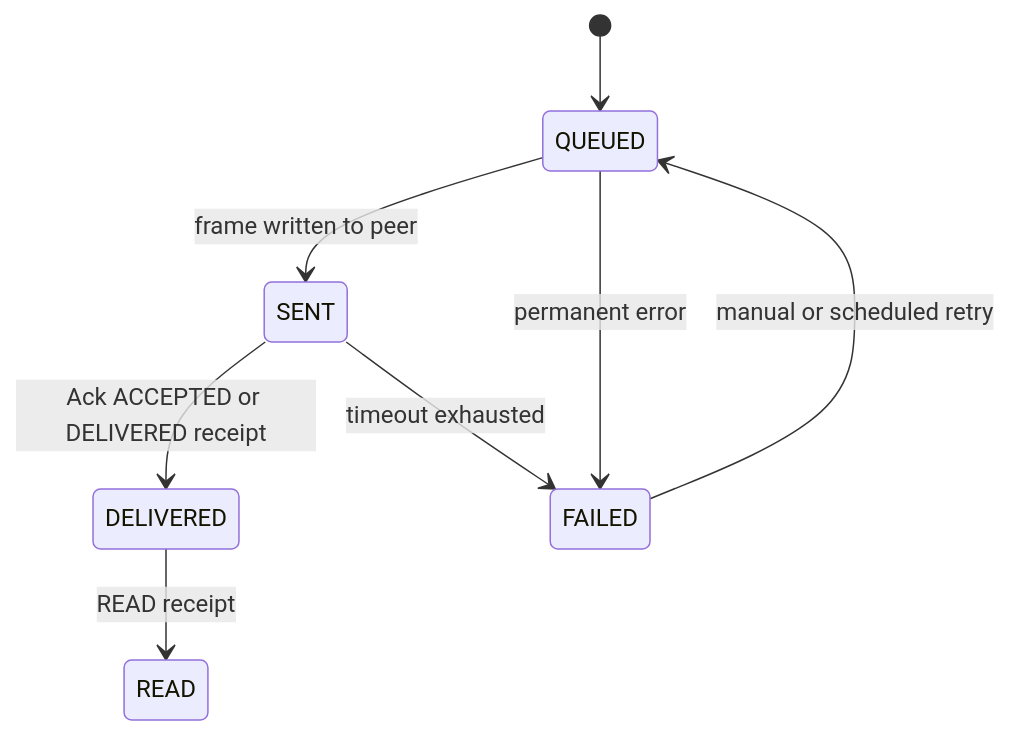
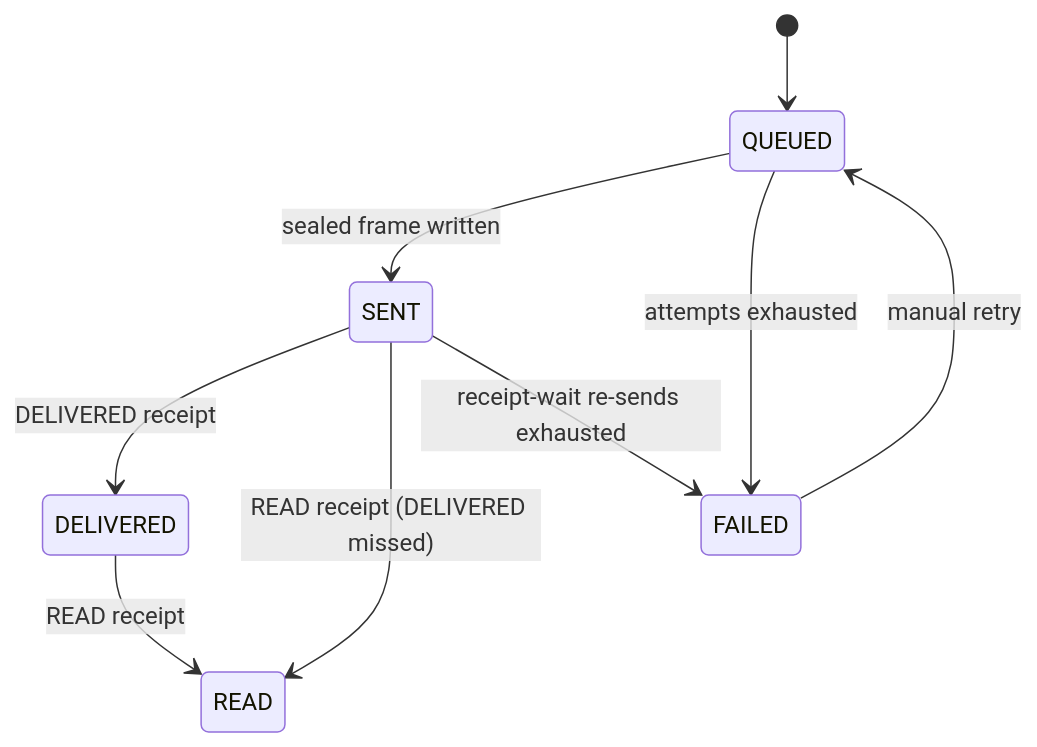
The fourth of 5 diagrams in docs/Protocol.md (0xAsghar/vMessenger), drawn with Mermaid before and after one commit. The commit also changed other lines of this file and 30 other files, not shown here.

````diff
--- a/docs/Protocol.md
+++ b/docs/Protocol.md
@@ -211,10 +367,11 @@
 ```mermaid
 stateDiagram-v2
   [*] --> QUEUED
-  QUEUED --> SENT: frame written to peer
-  SENT --> DELIVERED: Ack ACCEPTED or DELIVERED receipt
+  QUEUED --> SENT: sealed frame written
+  SENT --> DELIVERED: DELIVERED receipt
   DELIVERED --> READ: READ receipt
-  QUEUED --> FAILED: permanent error
-  SENT --> FAILED: timeout exhausted
-  FAILED --> QUEUED: manual or scheduled retry
+  SENT --> READ: READ receipt (DELIVERED missed)
+  QUEUED --> FAILED: attempts exhausted
+  SENT --> FAILED: receipt-wait re-sends exhausted
+  FAILED --> QUEUED: manual retry
 ```
````
